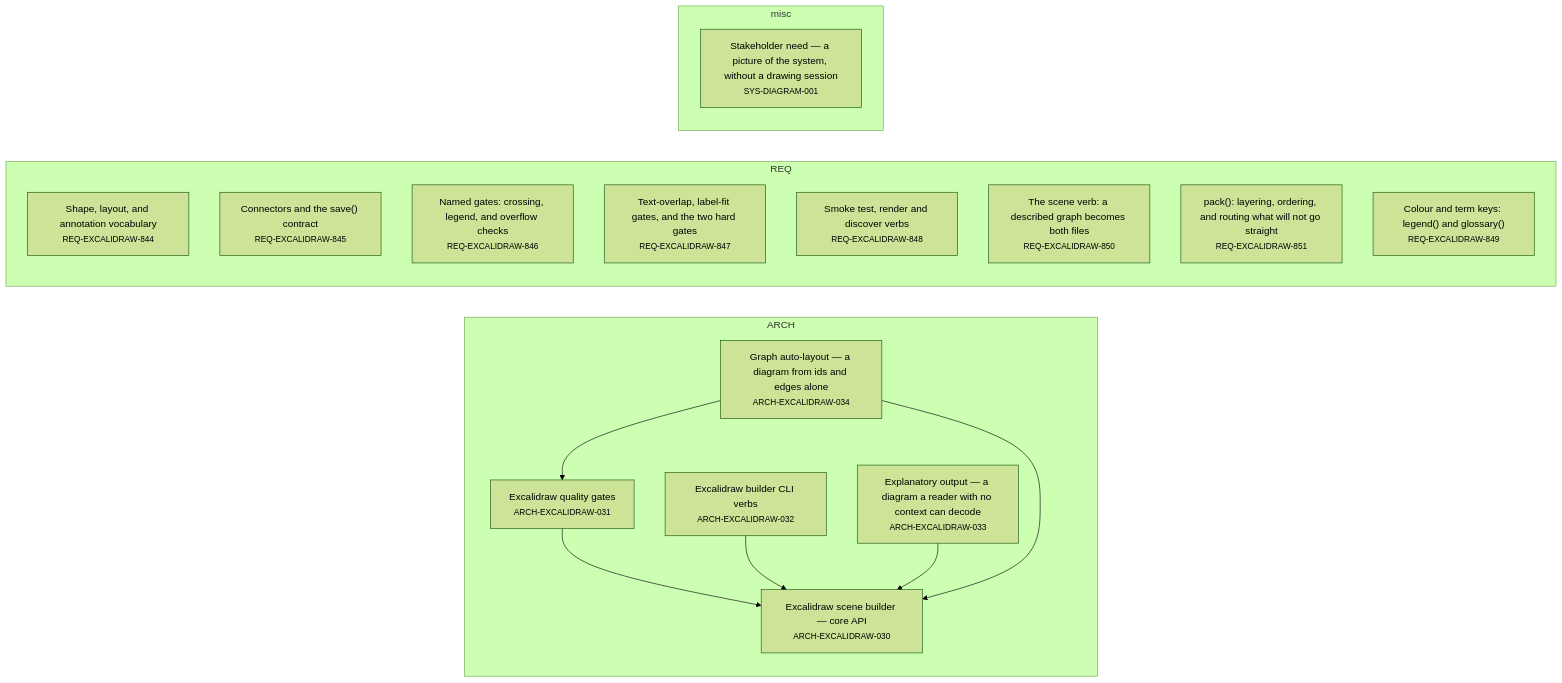
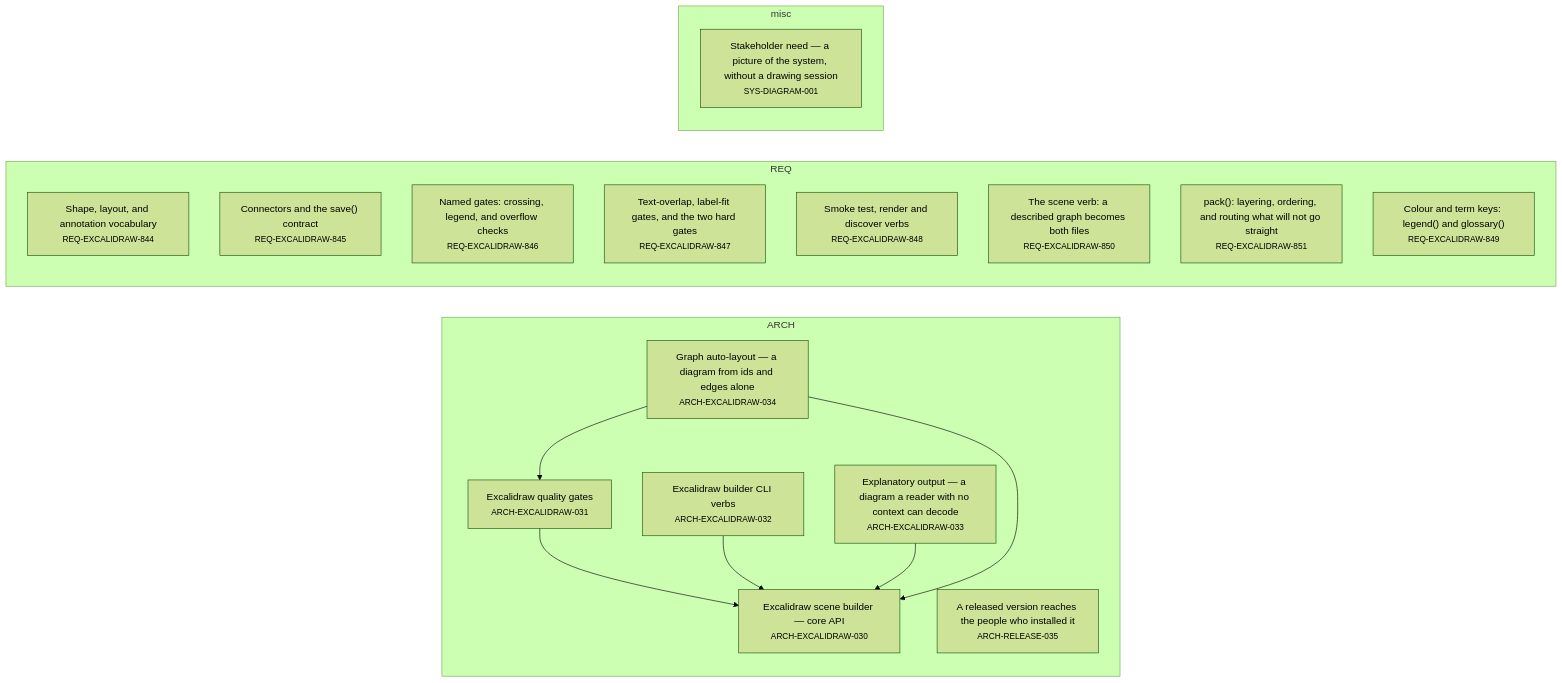
Before and after one commit to alxmax/excalidraw-diagram: the second of 5 diagrams in plugin/requirements/_map.md, drawn with Mermaid (forest theme). The commit also changed other lines of this file and 10 other files, not shown here.

````diff
--- a/plugin/requirements/_map.md
+++ b/plugin/requirements/_map.md
@@ -35,28 +38,29 @@
 ```mermaid
 graph LR
   subgraph sg_ARCH["ARCH"]
     ARCH_EXCALIDRAW_030["Excalidraw scene builder — core API<br><small>ARCH-EXCALIDRAW-030</small>"]
     ARCH_EXCALIDRAW_031["Excalidraw quality gates<br><small>ARCH-EXCALIDRAW-031</small>"]
     ARCH_EXCALIDRAW_032["Excalidraw builder CLI verbs<br><small>ARCH-EXCALIDRAW-032</small>"]
     ARCH_EXCALIDRAW_033["Explanatory output — a diagram a reader with no context can decode<br><small>ARCH-EXCALIDRAW-033</small>"]
     ARCH_EXCALIDRAW_034["Graph auto-layout — a diagram from ids and edges alone<br><small>ARCH-EXCALIDRAW-034</small>"]
+    ARCH_RELEASE_035["A released version reaches the people who installed it<br><small>ARCH-RELEASE-035</small>"]
   end
   subgraph sg_REQ["REQ"]
     REQ_EXCALIDRAW_844["Shape, layout, and annotation vocabulary<br><small>REQ-EXCALIDRAW-844</small>"]
     REQ_EXCALIDRAW_845["Connectors and the save() contract<br><small>REQ-EXCALIDRAW-845</small>"]
     REQ_EXCALIDRAW_846["Named gates: crossing, legend, and overflow checks<br><small>REQ-EXCALIDRAW-846</small>"]
     REQ_EXCALIDRAW_847["Text-overlap, label-fit gates, and the two hard gates<br><small>REQ-EXCALIDRAW-847</small>"]
     REQ_EXCALIDRAW_848["Smoke test, render and discover verbs<br><small>REQ-EXCALIDRAW-848</small>"]
     REQ_EXCALIDRAW_850["The scene verb: a described graph becomes both files<br><small>REQ-EXCALIDRAW-850</small>"]
     REQ_EXCALIDRAW_851["pack(): layering, ordering, and routing what will not go straight<br><small>REQ-EXCALIDRAW-851</small>"]
     REQ_EXCALIDRAW_849["Colour and term keys: legend() and glossary()<br><small>REQ-EXCALIDRAW-849</small>"]
   end
   subgraph sg_misc["misc"]
     SYS_DIAGRAM_001["Stakeholder need — a picture of the system, without a drawing session<br><small>SYS-DIAGRAM-001</small>"]
   end
   ARCH_EXCALIDRAW_031 --> ARCH_EXCALIDRAW_030
   ARCH_EXCALIDRAW_032 --> ARCH_EXCALIDRAW_030
   ARCH_EXCALIDRAW_033 --> ARCH_EXCALIDRAW_030
   ARCH_EXCALIDRAW_034 --> ARCH_EXCALIDRAW_030
   ARCH_EXCALIDRAW_034 --> ARCH_EXCALIDRAW_031
 ```
````
